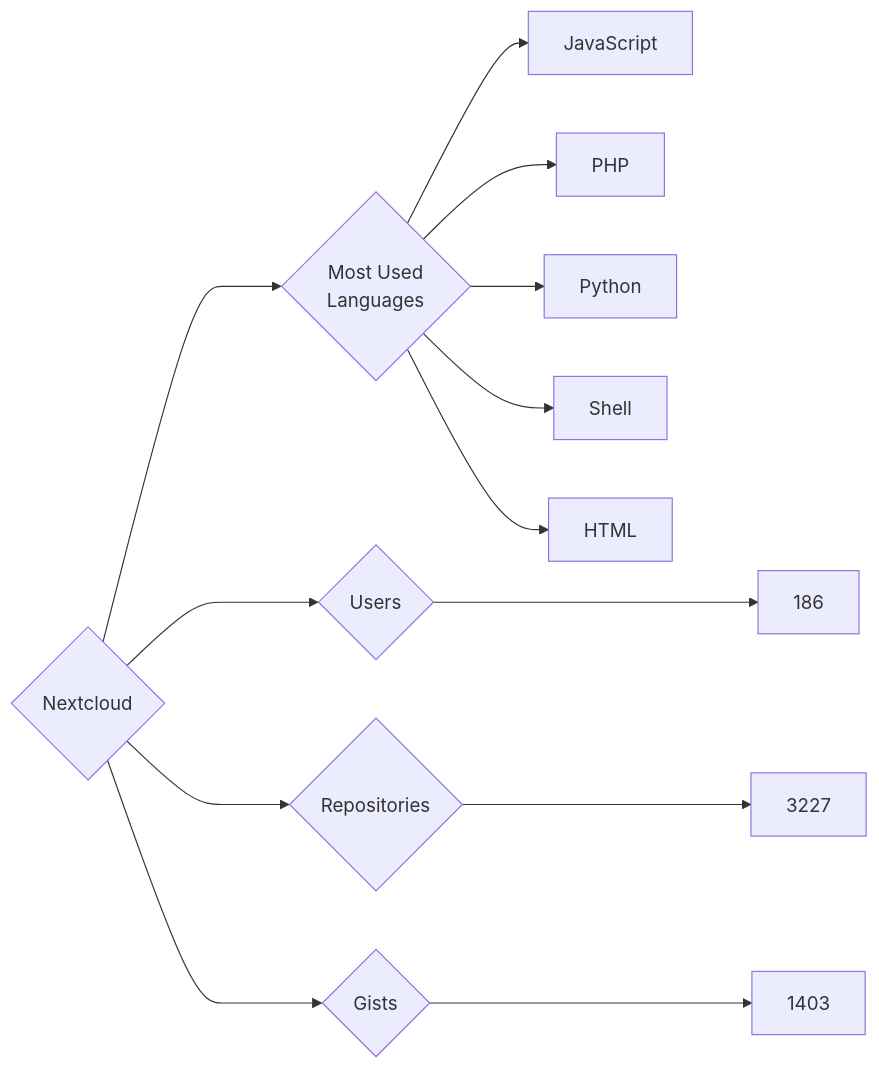
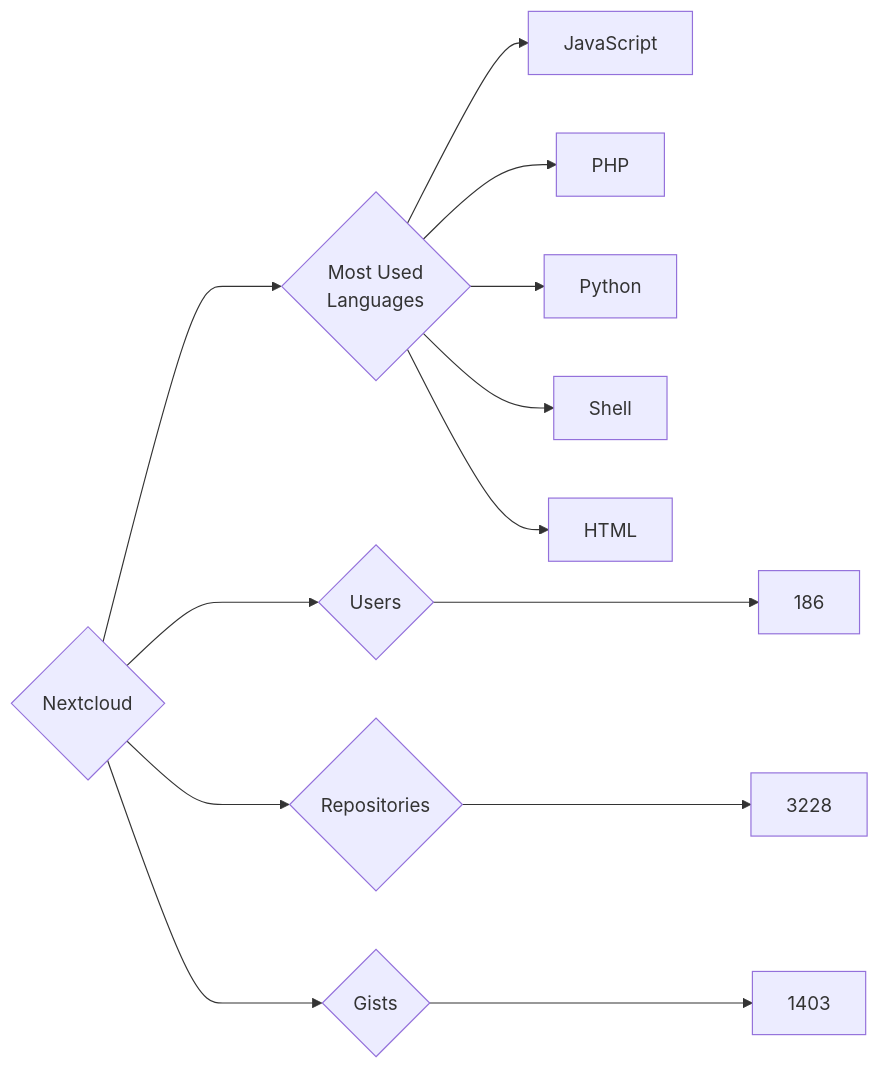
The diagram in targets/Nextcloud/README.md (trickest/insiders), drawn with Mermaid before and after one commit. The commit also changed 920 other files, not shown here.

````diff
--- a/targets/Nextcloud/README.md
+++ b/targets/Nextcloud/README.md
@@ -3,13 +3,13 @@
 ```mermaid
 graph LR
 COMPANY_NAME{Nextcloud}
 COMPANY_NAME ---> U{Users} ---> UN[186]
-COMPANY_NAME ---> R{Repositories} ---> RN[3227]
+COMPANY_NAME ---> R{Repositories} ---> RN[3228]
 COMPANY_NAME ---> G{Gists} ---> GN[1403]
 COMPANY_NAME ---> ML{Most Used<br>Languages}
 ML --> JavaScript[JavaScript]
 ML --> PHP[PHP]
 ML --> Python[Python]
 ML --> Shell[Shell]
 ML --> HTML[HTML]
 ```
````
